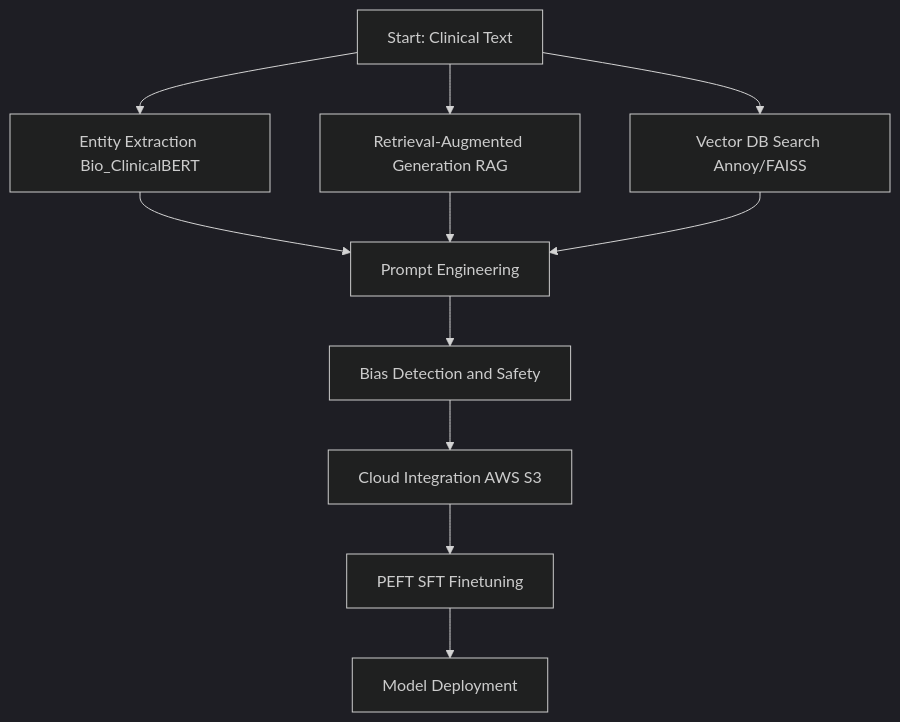
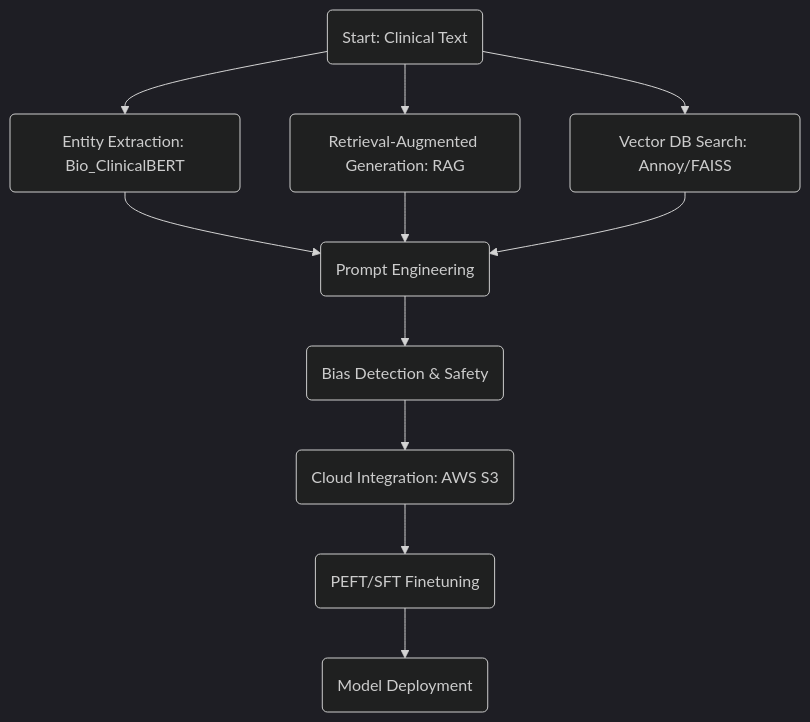
One commit to justin-mbca/clinical-nlp-portfolio changed the fourth of 4 diagrams in README.md. Above: the diagram before and after it, drawn with Mermaid (dark theme). The commit also changed other lines of this file, not shown here.

````diff
--- a/README.md
+++ b/README.md
@@ -141,13 +141,13 @@
 ```mermaid
 flowchart TD
-    A[Start: Clinical Text] --> B[Entity Extraction Bio_ClinicalBERT]
-    A --> C[Retrieval-Augmented Generation RAG]
-    A --> D[Vector DB Search Annoy/FAISS]
-    B --> E[Prompt Engineering]
+    A(Start: Clinical Text) --> B(Entity Extraction: Bio_ClinicalBERT)
+    A --> C(Retrieval-Augmented Generation: RAG)
+    A --> D(Vector DB Search: Annoy/FAISS)
+    B --> E(Prompt Engineering)
     C --> E
     D --> E
-    E --> F[Bias Detection and Safety]
-    F --> G[Cloud Integration AWS S3]
-    G --> H[PEFT SFT Finetuning]
-    H --> I[Model Deployment]
+    E --> F(Bias Detection & Safety)
+    F --> G(Cloud Integration: AWS S3)
+    G --> H(PEFT/SFT Finetuning)
+    H --> I(Model Deployment)
 ```
````
